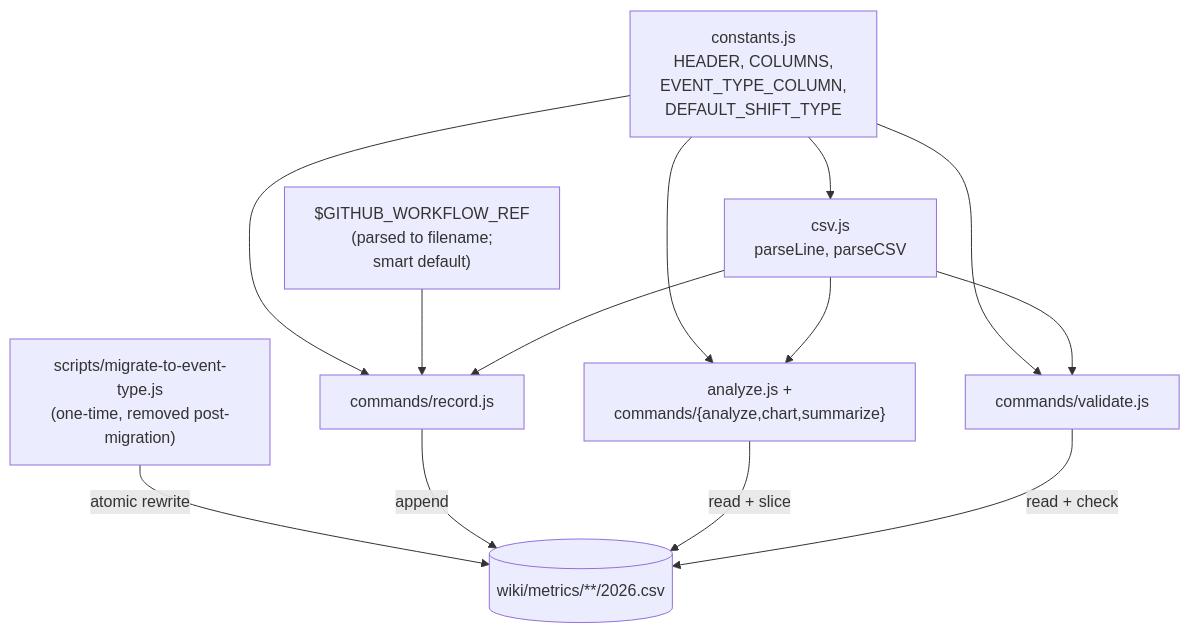
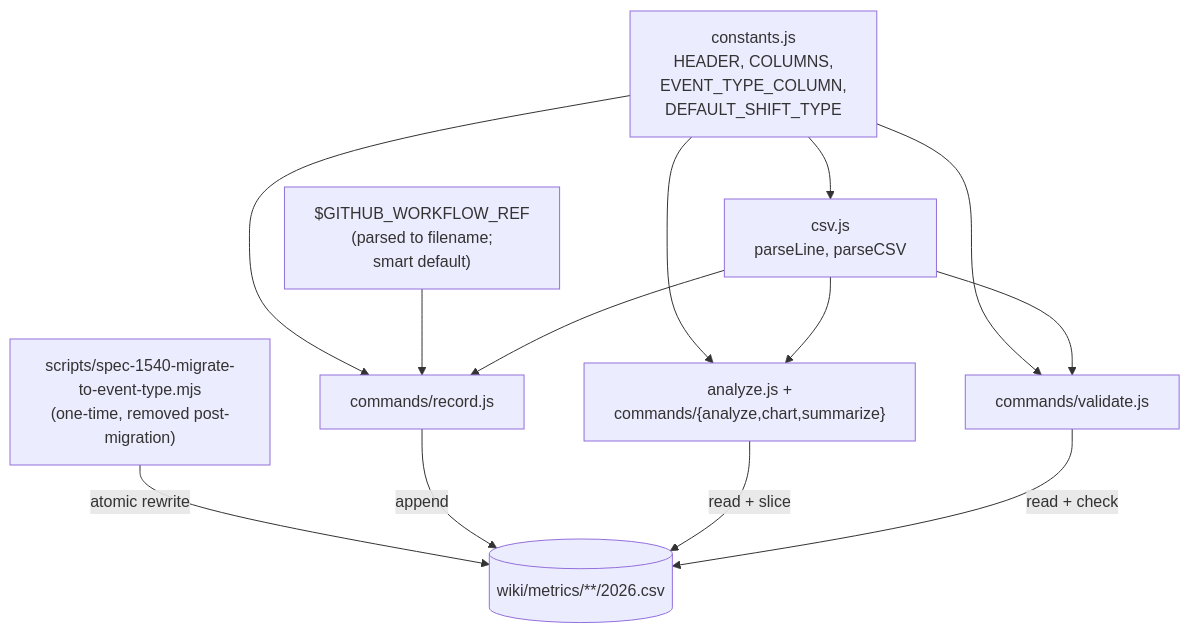
The diagram in specs/1540-csv-event-type-split-xmr/design-a.md (forwardimpact/monorepo), drawn with Mermaid before and after one commit. The commit also changed other lines of this file, not shown here.

````diff
--- a/specs/1540-csv-event-type-split-xmr/design-a.md
+++ b/specs/1540-csv-event-type-split-xmr/design-a.md
@@ -37,15 +42,15 @@
 ```mermaid
 graph TD
     Constants["constants.js<br/>HEADER, COLUMNS,<br/>EVENT_TYPE_COLUMN,<br/>DEFAULT_SHIFT_TYPE"] --> Parser["csv.js<br/>parseLine, parseCSV"]
     Constants --> Recorder["commands/record.js"]
     Constants --> Validator["commands/validate.js"]
     Constants --> Analyzer["analyze.js +<br/>commands/{analyze,chart,summarize}"]
     Env["$GITHUB_WORKFLOW_REF<br/>(parsed to filename;<br/>smart default)"] --> Recorder
     Parser --> Validator
     Parser --> Analyzer
     Parser --> Recorder
-    Classifier["scripts/migrate-to-event-type.js<br/>(one-time, removed post-migration)"] -->|atomic rewrite| CSV[("wiki/metrics/**/2026.csv")]
+    Classifier["scripts/spec-1540-migrate-to-event-type.mjs<br/>(one-time, removed post-migration)"] -->|atomic rewrite| CSV[("wiki/metrics/**/2026.csv")]
     Recorder -->|append| CSV
     Analyzer -->|read + slice| CSV
     Validator -->|read + check| CSV
 ```
````
